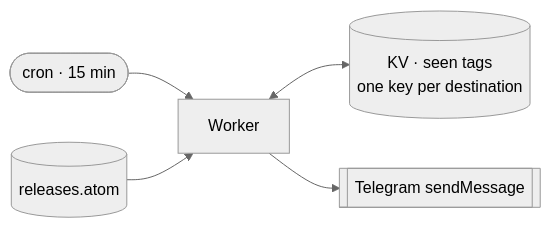
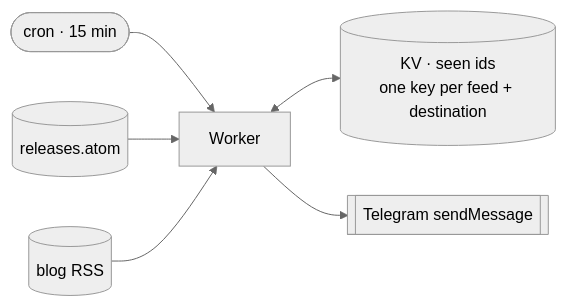
Before and after one commit to CommanderTvis/kotlin-releases-bot: the diagram in README.md, drawn with Mermaid (neutral theme). The commit also changed other lines of this file and 4 other files, not shown here.

First line of the commit message:
Subscribe to the Kotlin blog feed

````diff
--- a/README.md
+++ b/README.md
@@ -9,7 +11,8 @@
 ```mermaid
 flowchart LR
     cron([cron · 15 min]) --> worker[Worker]
-    feed[("releases.atom")] --> worker
-    worker <--> kv[("KV · seen tags<br/>one key per destination")]
+    releases[("releases.atom")] --> worker
+    blog[("blog RSS")] --> worker
+    worker <--> kv[("KV · seen ids<br/>one key per feed + destination")]
     worker --> tg[["Telegram sendMessage"]]
 ```
````
